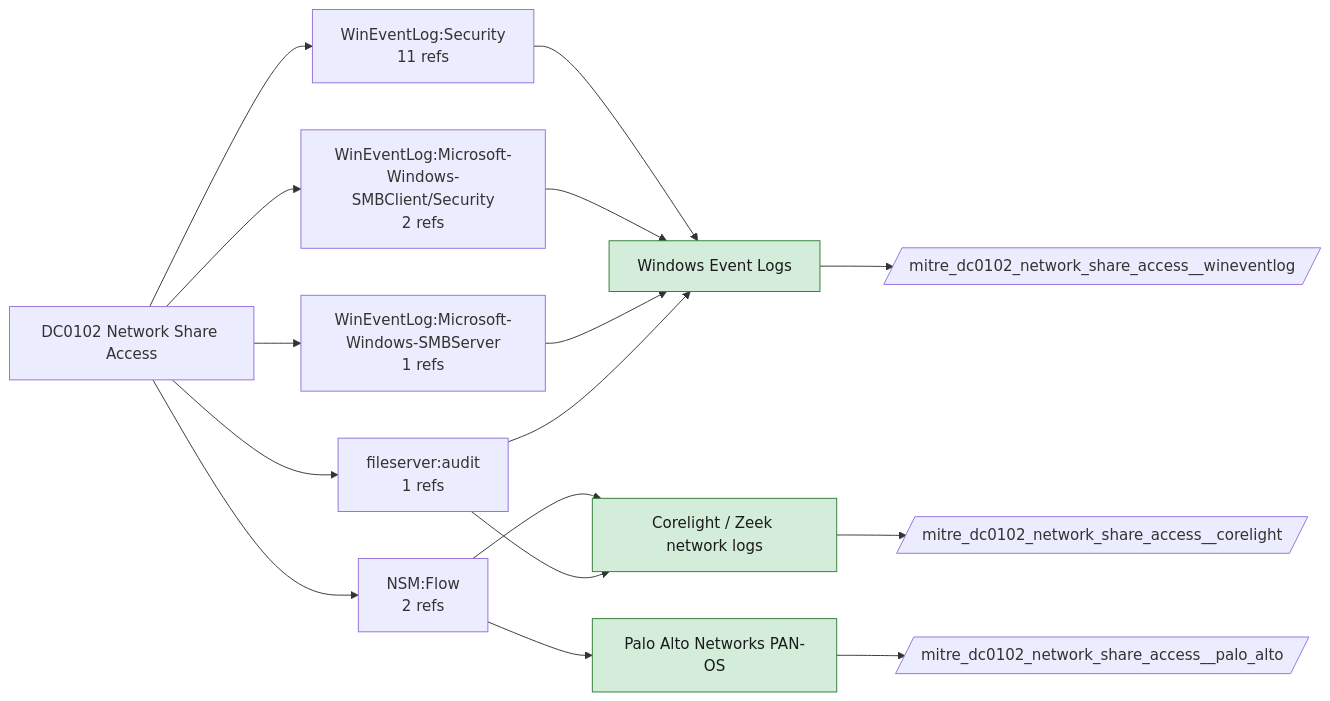
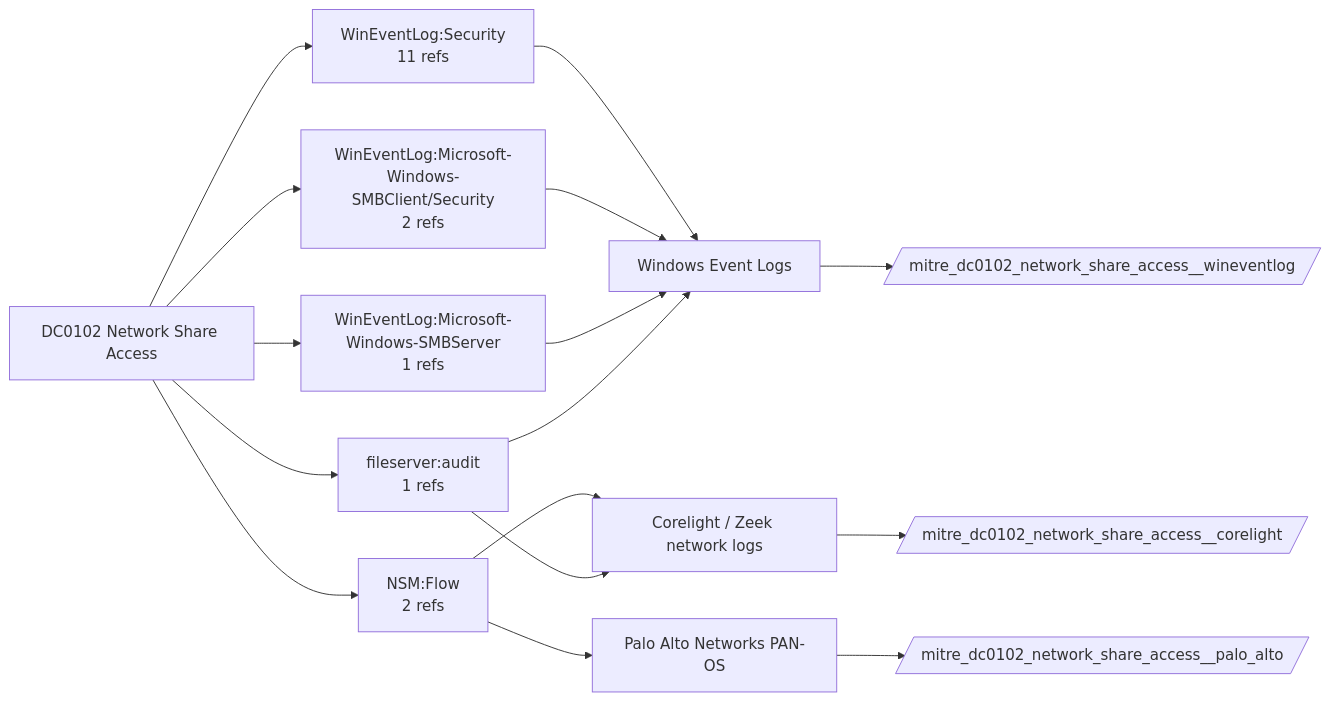
One commit to dev-nobytes-io/mitre-defensive-mappings-spl changed the diagram in docs/data-components/DC0102-network-share-access.md. Above: the diagram before and after it, drawn with Mermaid. The commit also changed other lines of this file and 366 other files, not shown here.

````diff
--- a/docs/data-components/DC0102-network-share-access.md
+++ b/docs/data-components/DC0102-network-share-access.md
@@ -19,27 +19,22 @@
 ```mermaid
 flowchart LR
   DC["DC0102 Network Share Access"]
   DC --> LS0["WinEventLog:Security<br/>11 refs"]
   F_wineventlog["Windows Event Logs"]
   LS0 --> F_wineventlog
   DC --> LS1["WinEventLog:Microsoft-Windows-SMBClient/Security<br/>2 refs"]
   LS1 --> F_wineventlog
   DC --> LS2["NSM:Flow<br/>2 refs"]
   F_corelight["Corelight / Zeek network logs"]
   LS2 --> F_corelight
   F_palo_alto["Palo Alto Networks PAN-OS"]
   LS2 --> F_palo_alto
   DC --> LS3["WinEventLog:Microsoft-Windows-SMBServer<br/>1 refs"]
   LS3 --> F_wineventlog
   DC --> LS4["fileserver:audit<br/>1 refs"]
   LS4 --> F_wineventlog
   LS4 --> F_corelight
   F_corelight --> ET_corelight[/"mitre_dc0102_network_share_access__corelight"/]
-  class F_corelight live
   F_palo_alto --> ET_palo_alto[/"mitre_dc0102_network_share_access__palo_alto"/]
-  class F_palo_alto live
   F_wineventlog --> ET_wineventlog[/"mitre_dc0102_network_share_access__wineventlog"/]
-  class F_wineventlog live
-  classDef live fill:#d4edda,stroke:#2e7d32,color:#1b1b1b
-  classDef ready fill:#fff3cd,stroke:#b26a00,color:#1b1b1b
 ```
````
